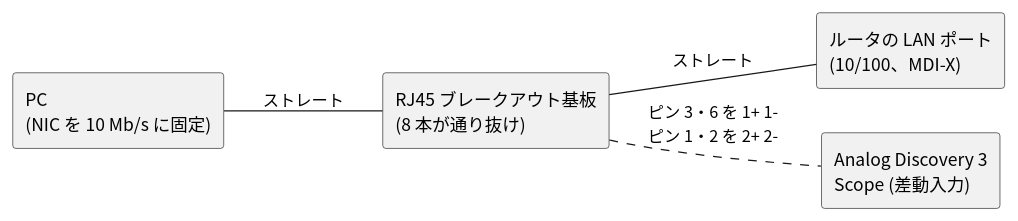
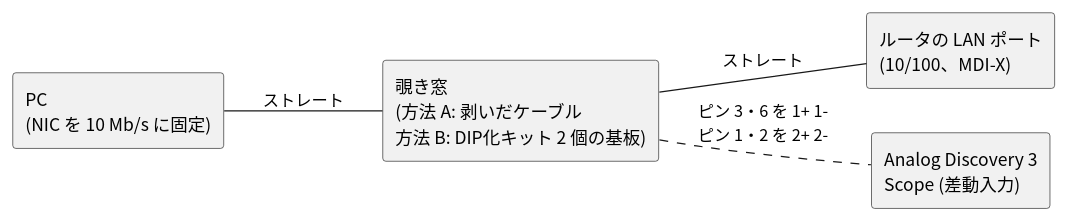
One commit to tommie-jp/tommie-circuit-workbook changed the diagram in 05-etc/05-ethernet-10base-t/01-link-pulse.md. Above: the diagram before and after it, drawn with PlantUML. The commit also changed other lines of this file and 4 other files, not shown here.

````diff
--- a/05-etc/05-ethernet-10base-t/01-link-pulse.md
+++ b/05-etc/05-ethernet-10base-t/01-link-pulse.md
@@ -95,14 +116,14 @@
 ```plantuml
 @startuml
 skinparam shadowing false
 skinparam defaultFontName "Noto Sans CJK JP"
 left to right direction
 rectangle "PC\n(NIC を 10 Mb/s に固定)" as PC
-rectangle "RJ45 ブレークアウト基板\n(8 本が通り抜け)" as BO
+rectangle "覗き窓\n(方法 A: 剥いだケーブル\n方法 B: DIP化キット 2 個の基板)" as BO
 rectangle "ルータの LAN ポート\n(10/100、MDI-X)" as RT
 rectangle "Analog Discovery 3\nScope (差動入力)" as AD
 PC -- BO : ストレート
 BO -- RT : ストレート
 BO .. AD : ピン 3・6 を 1+ 1-\nピン 1・2 を 2+ 2-
 @enduml
 ```
````
